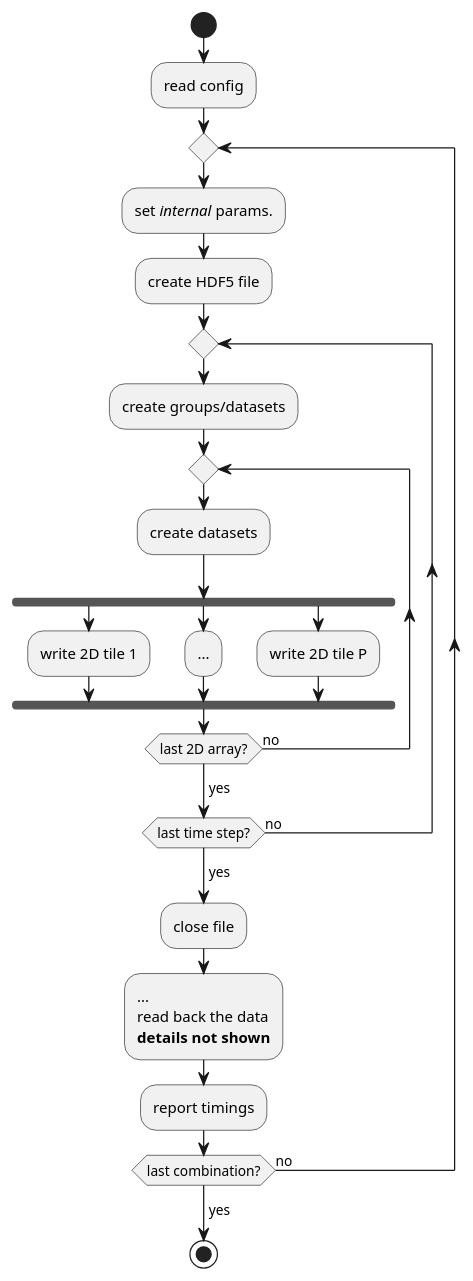
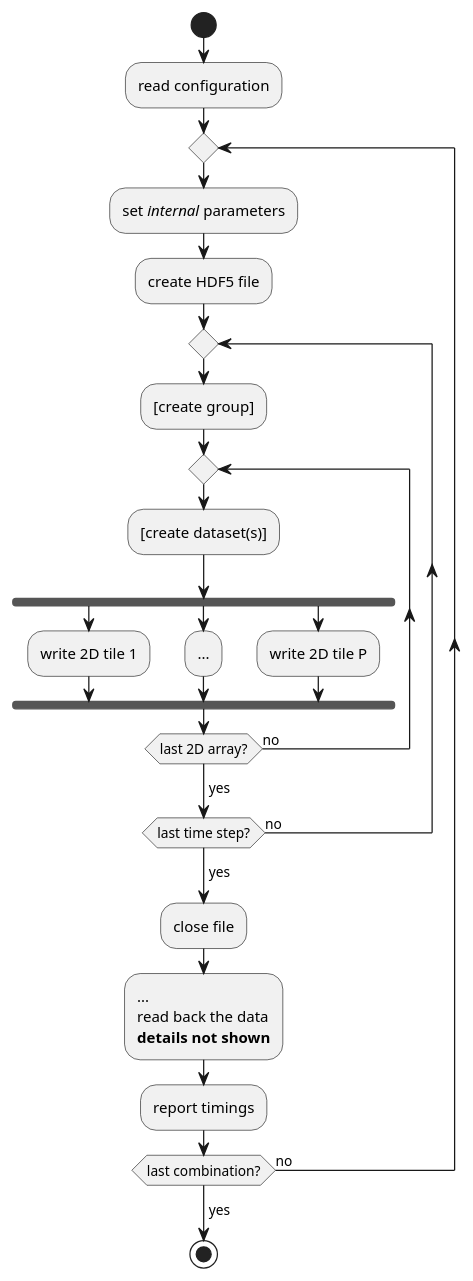
The diagram in README.org (HDFGroup/hdf5-iotest), drawn with PlantUML before and after one commit. The commit also changed other lines of this file and 1 other file, not shown here.

Commit message:
Updated figure.

```diff
--- a/README.org
+++ b/README.org
@@ -15,34 +16,34 @@
 #+begin_src plantuml :hidden :file ./img/flow.png :exports results
 
 start
 
-:read config;
+:read configuration;
 repeat
-  :set <i>internal</i> params.;
+  :set <i>internal</i> parameters;
   :create HDF5 file;
   repeat
-    :create groups/datasets;
+    :[create group];
     repeat
-      :create datasets;
+      :[create dataset(s)];
       fork
         :write 2D tile 1;
       fork again
         :...;
       fork again
         :write 2D tile P;
       end fork
     repeat while (last 2D array?) is (no)
     ->yes;
   repeat while (last time step?) is (no)
   ->yes;
   :close file;
   :...
   read back the data
   **details not shown**;
   :report timings;
 repeat while (last combination?) is (no)
 ->yes;
 
 stop
 
 #+end_src
```
